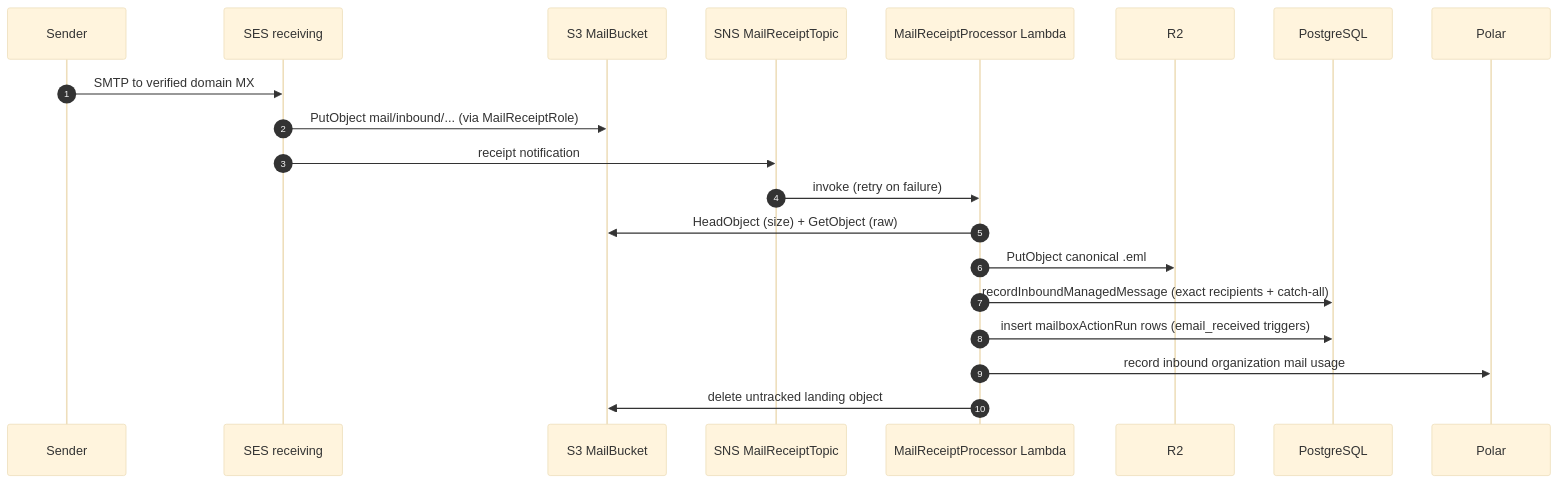
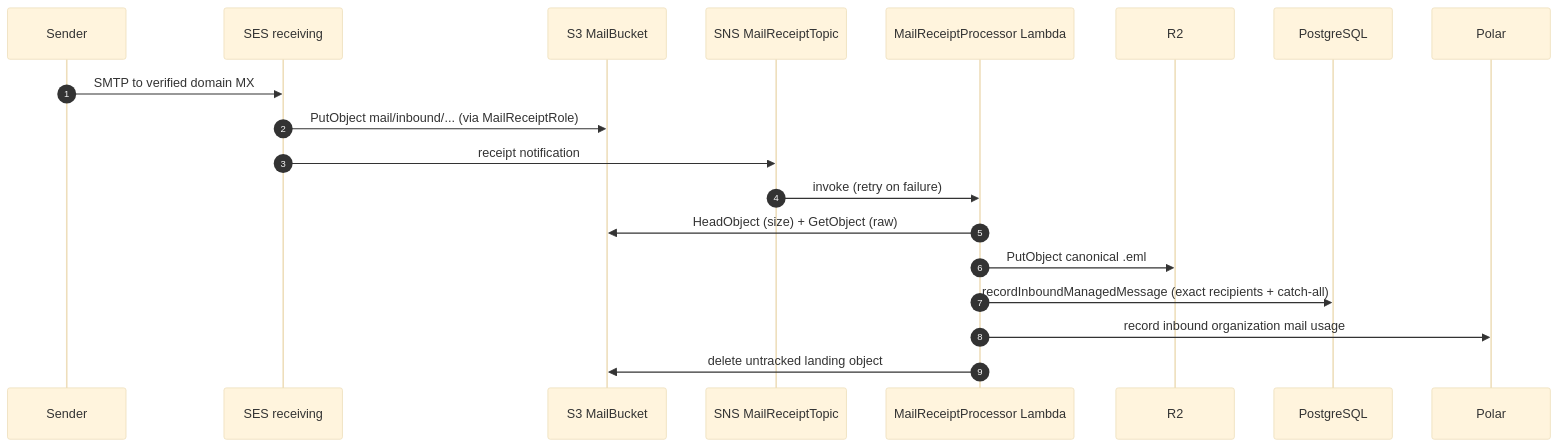
The fourth of 6 diagrams in docs/infrastructure-map.md (quieter-email/quieter), drawn with Mermaid (base theme) before and after one commit. The commit also changed other lines of this file and 383 other files, not shown here.

````diff
--- a/docs/infrastructure-map.md
+++ b/docs/infrastructure-map.md
@@ -233,23 +219,22 @@
 ```mermaid
 sequenceDiagram
     autonumber
     participant S as Sender
     participant SES as SES receiving
     participant S3 as S3 MailBucket
     participant SN as SNS MailReceiptTopic
     participant L as MailReceiptProcessor Lambda
     participant R as R2
     participant DB as PostgreSQL
     participant PO as Polar
 
     S->>SES: SMTP to verified domain MX
     SES->>S3: PutObject mail/inbound/... (via MailReceiptRole)
     SES->>SN: receipt notification
     SN->>L: invoke (retry on failure)
     L->>S3: HeadObject (size) + GetObject (raw)
     L->>R: PutObject canonical .eml
     L->>DB: recordInboundManagedMessage (exact recipients + catch-all)
-    L->>DB: insert mailboxActionRun rows (email_received triggers)
     L->>PO: record inbound organization mail usage
     L->>S3: delete untracked landing object
 ```
````
